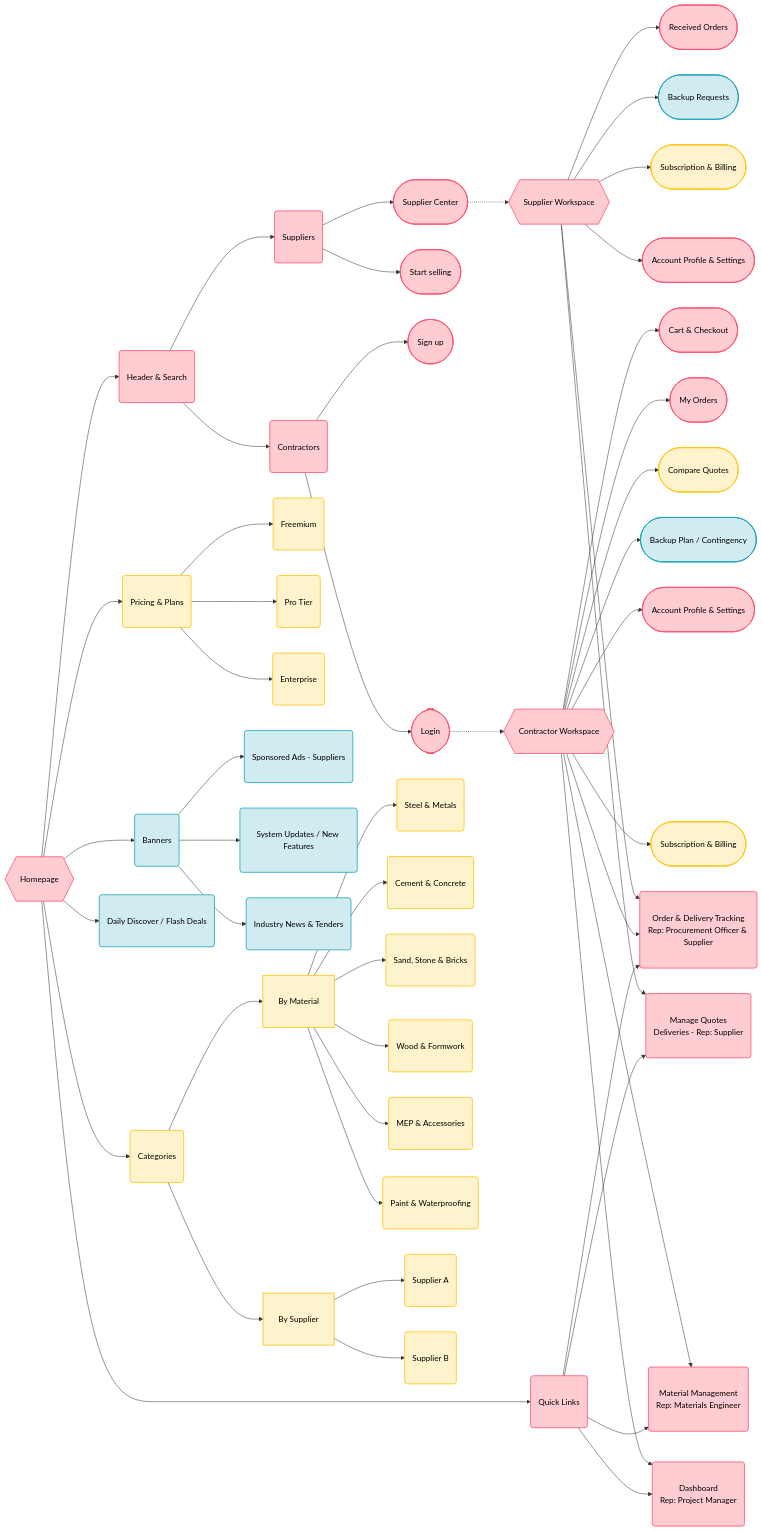
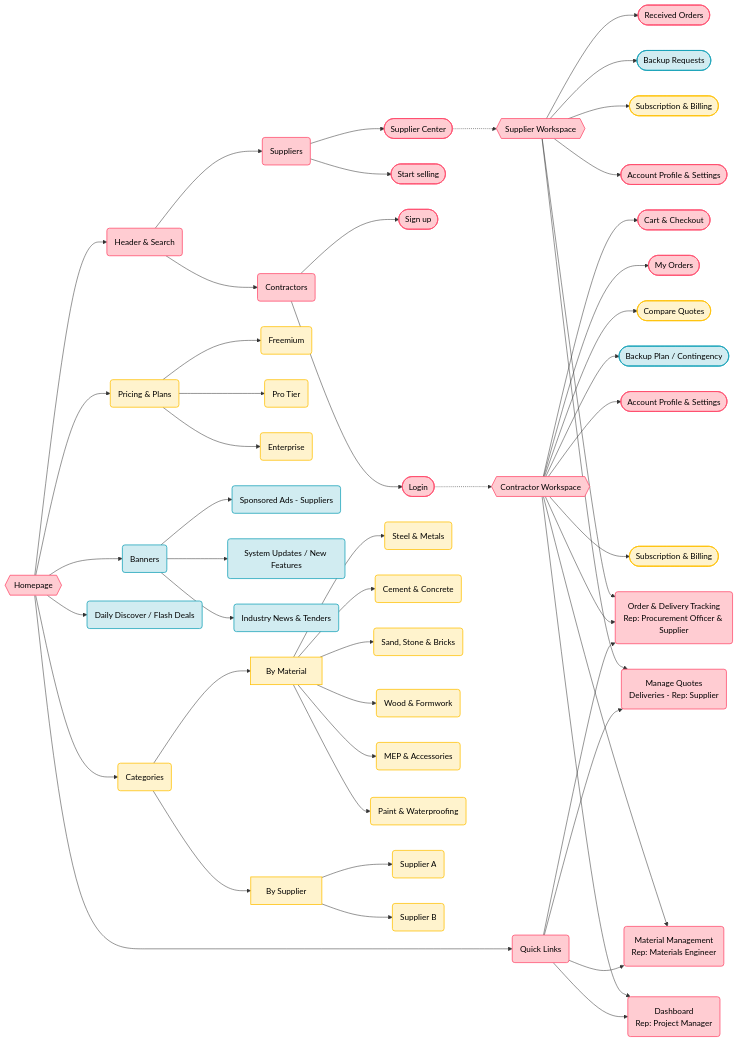
Before and after one commit to kellyblossom/Software-Engineering-in-Construction-Information-Systems-Assignment: the diagram in README.md, drawn with Mermaid.

Commit message:
Refactor Mermaid graph class definitions
Removed padding from class definitions in Mermaid graph.

```diff
--- a/README.md
+++ b/README.md
@@ -5,9 +5,9 @@
 graph LR
 
     %% Color definition
-    classDef high fill:#ffccd2,stroke:#ff4d6d,stroke-width:1.5px,color:black,padding:10px;
-    classDef med fill:#fff3cd,stroke:#ffc107,stroke-width:1.5px,color:black,padding:10px;
-    classDef low fill:#d1ecf1,stroke:#17a2b8,stroke-width:1.5px,color:black,padding:10px;
+    classDef high fill:#ffccd2,stroke:#ff4d6d,stroke-width:1.5px,color:black;
+    classDef med fill:#fff3cd,stroke:#ffc107,stroke-width:1.5px,color:black;
+    classDef low fill:#d1ecf1,stroke:#17a2b8,stroke-width:1.5px,color:black;
 
     %% Main home page
     A{{Homepage}} --> B(Header & Search)
```
